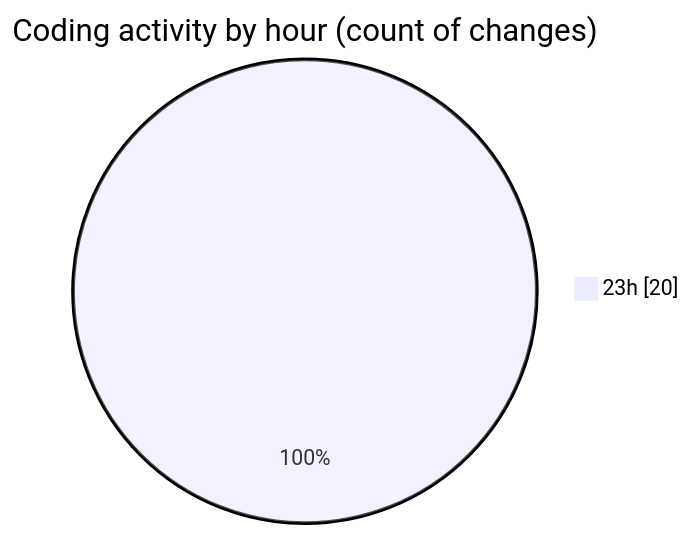
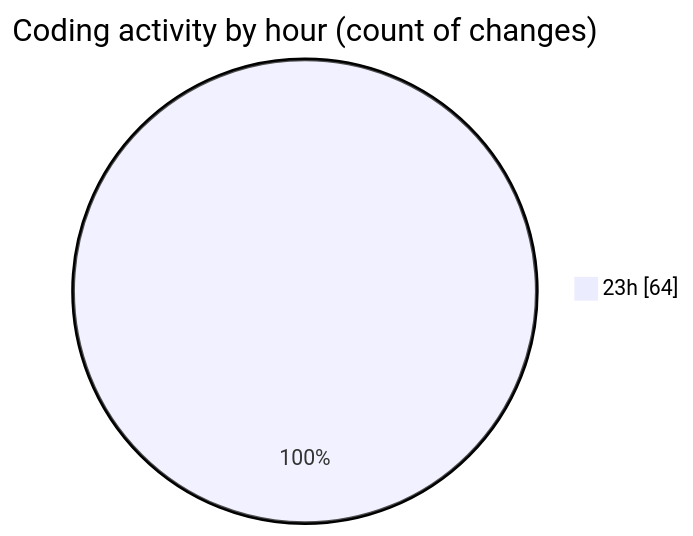
Before and after one commit to Ritupan-Deka/code-tracking: the second of 2 diagrams in 2025-07-21/javascript/README.md, drawn with Mermaid. The commit also changed other lines of this file and 1 other file, not shown here.

````diff
--- a/2025-07-21/javascript/README.md
+++ b/2025-07-21/javascript/README.md
@@ -29,5 +29,5 @@
 ```mermaid
 pie showData
 title Coding activity by hour (count of changes)
-"23h" : 20
+"23h" : 64
 ```
````
